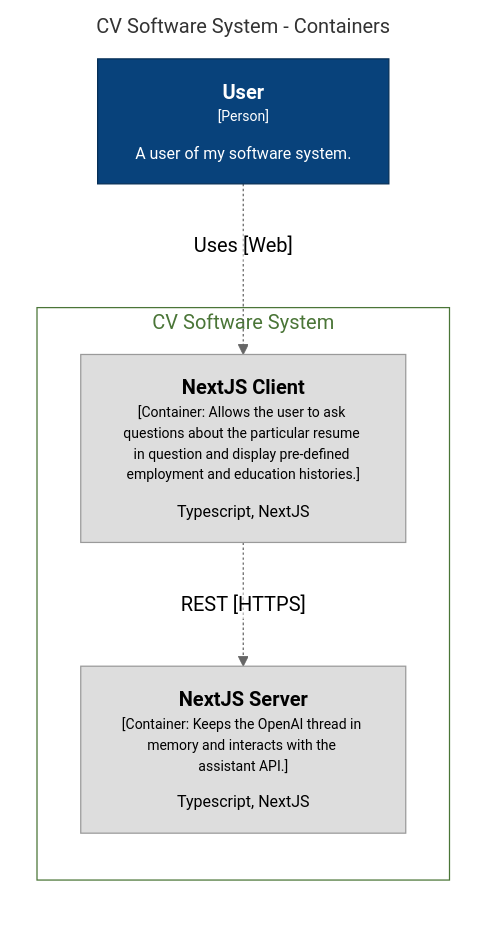
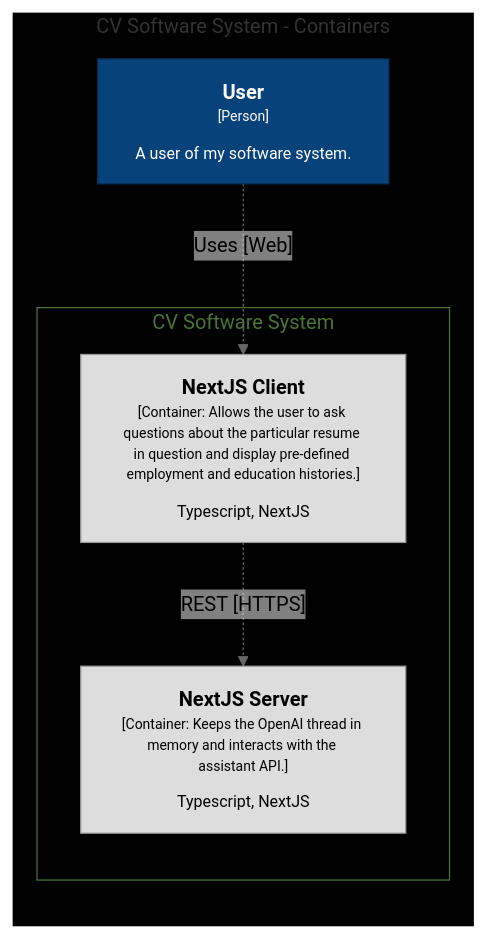
Before and after one commit to alexknips/nextjs-cv: the third of 3 diagrams in README.md, drawn with Mermaid (neutral theme). The commit also changed other lines of this file, not shown here.

Commit message:
background colors

````diff
--- a/README.md
+++ b/README.md
@@ -58,23 +58,23 @@
 ```mermaid
 graph LR
   linkStyle default fill:#ffffff
 
   subgraph diagram ["CV Software System - Containers"]
-    style diagram fill:#ffffff,stroke:#ffffff
+    style diagram fill:#000000,stroke:#ffffff
 
     2["<div style='font-weight: bold'>User</div><div style='font-size: 70%; margin-top: 0px'>[Person]</div><div style='font-size: 80%; margin-top:10px'>A user of my software system.</div>"]
     style 2 fill:#08427b,stroke:#052e56,color:#ffffff
 
     subgraph 4 [CV Software System]
-      style 4 fill:#ffffff,stroke:#4a7537,color:#4a7537
+      style 4 fill:#000000,stroke:#4a7537,color:#4a7537
 
       5["<div style='font-weight: bold'>NextJS Client</div><div style='font-size: 70%; margin-top: 0px'>[Container: Allows the user to ask questions about the particular resume in question and display pre-defined employment and education histories.]</div><div style='font-size: 80%; margin-top:10px'>Typescript, NextJS</div>"]
       style 5 fill:#dddddd,stroke:#9a9a9a,color:#000000
       6["<div style='font-weight: bold'>NextJS Server</div><div style='font-size: 70%; margin-top: 0px'>[Container: Keeps the OpenAI thread in memory and interacts with the assistant API.]</div><div style='font-size: 80%; margin-top:10px'>Typescript, NextJS</div>"]
       style 6 fill:#dddddd,stroke:#9a9a9a,color:#000000
     end
 
     5-. "<div>REST [HTTPS]</div><div style='font-size: 70%'></div>" .->6
     2-. "<div>Uses [Web]</div><div style='font-size: 70%'></div>" .->5
   end
 ```
````
